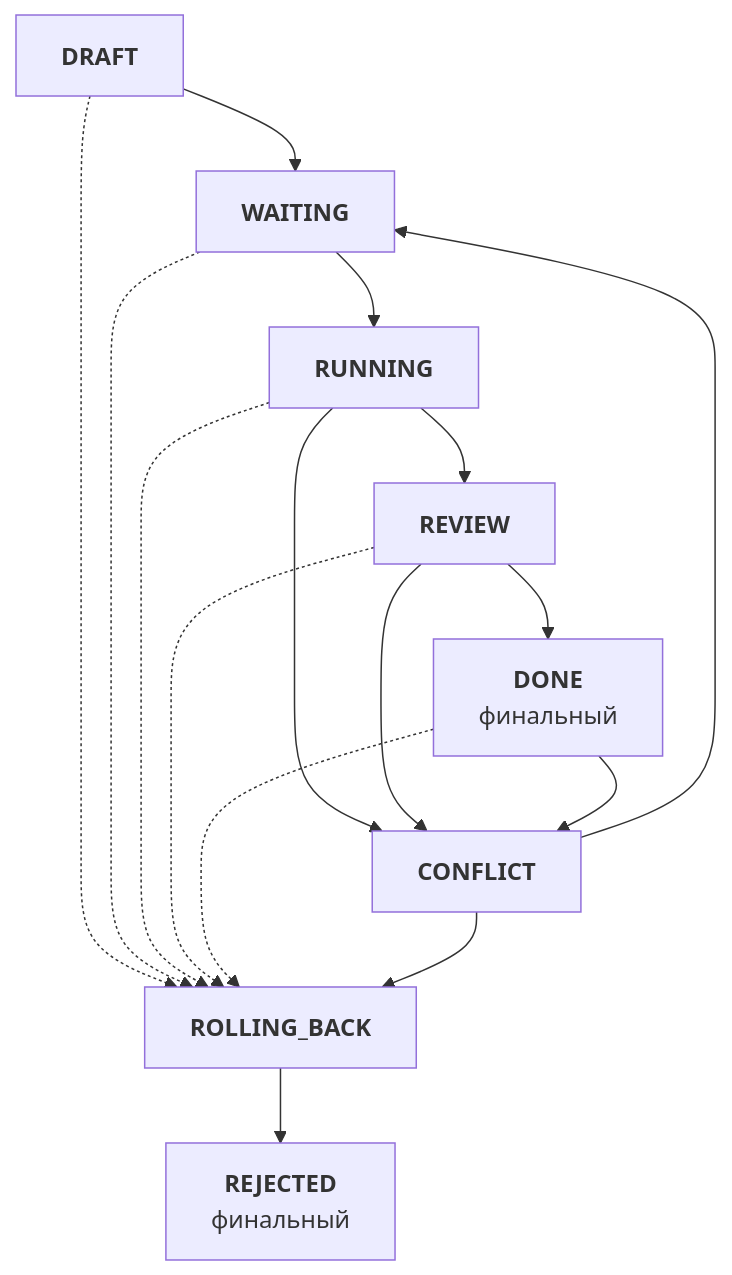
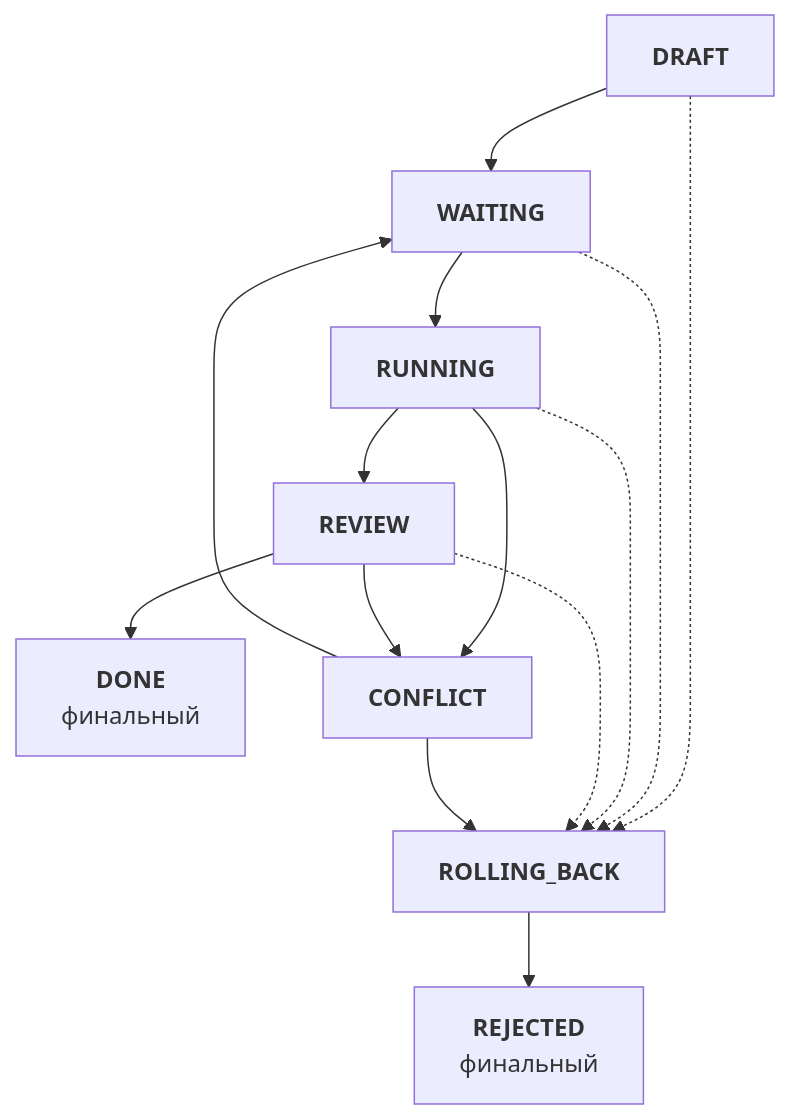
One commit to NSEvteev/FullSpec changed the second of 6 diagrams in specs/.instructions/analysis/standard-analysis.md. Above: the diagram before and after it, drawn with Mermaid. The commit also changed other lines of this file, not shown here.

First line of the commit message:
fix: DONE — финальный статус, убраны переходы DONE→CONFLICT и DONE→ROLLING_BACK

````diff
--- a/specs/.instructions/analysis/standard-analysis.md
+++ b/specs/.instructions/analysis/standard-analysis.md
@@ -369,34 +369,31 @@
 ```mermaid
 graph TD
     DRAFT["<b>DRAFT</b>"]
     WAITING["<b>WAITING</b>"]
     RUNNING["<b>RUNNING</b>"]
     REVIEW["<b>REVIEW</b>"]
     DONE["<b>DONE</b>
     финальный"]
     CONFLICT["<b>CONFLICT</b>"]
     ROLLING_BACK["<b>ROLLING_BACK</b>"]
     REJECTED["<b>REJECTED</b>
     финальный"]
 
     DRAFT --> WAITING
     DRAFT -.-> ROLLING_BACK
     WAITING --> RUNNING
     WAITING -.-> ROLLING_BACK
 
     RUNNING --> REVIEW
     RUNNING --> CONFLICT
     RUNNING -.-> ROLLING_BACK
 
     REVIEW --> DONE
     REVIEW --> CONFLICT
     REVIEW -.-> ROLLING_BACK
 
-    DONE ~~~ CONFLICT
-    DONE --> CONFLICT
-    DONE -.-> ROLLING_BACK
     CONFLICT --> WAITING
     CONFLICT --> ROLLING_BACK
 
     ROLLING_BACK --> REJECTED
 ```
````
